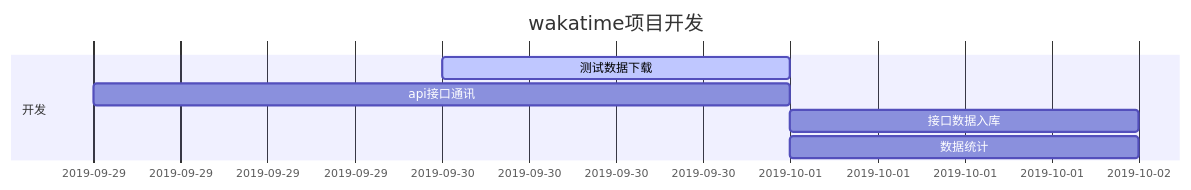
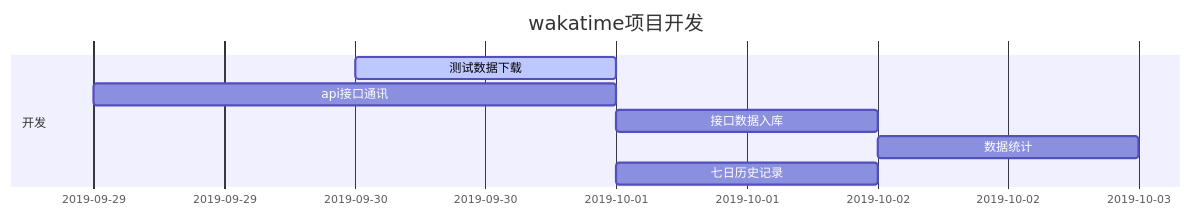
The diagram in readme.md (huifer/jenkins-spring-boot), drawn with Mermaid before and after one commit. The commit also changed other lines of this file and 3 other files, not shown here.

````diff
--- a/readme.md
+++ b/readme.md
@@ -88,13 +90,14 @@
 ```mermaid
 gantt
         dateFormat  YYYY-MM-DD
         title wakatime项目开发
  section 开发
         测试数据下载: active,des1,2019-09-30,1d
-        api接口通讯 : active des2,2019-9-29,2019-10-01
+        api接口通讯 : active des2,2019-9-29,2d
         
-        接口数据入库:  des3,2019-10-01,1d
-        数据统计: des4,2019-10-01,1d
+        接口数据入库:  des3,2019-10-01,1d 
+        数据统计: des4,2019-10-02,1d
+        七日历史记录: des4,2019-10-01,1d
 
   
 ```
````
